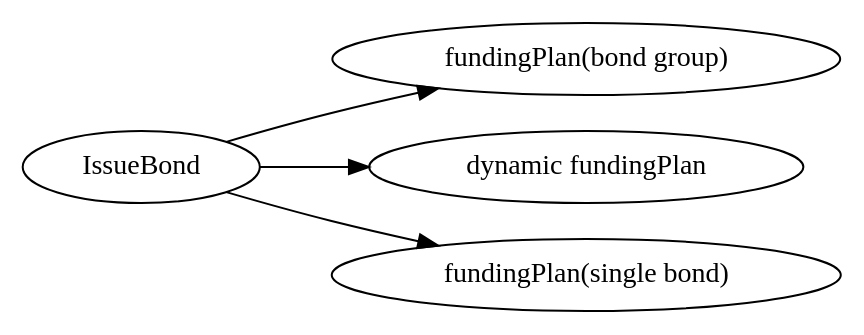
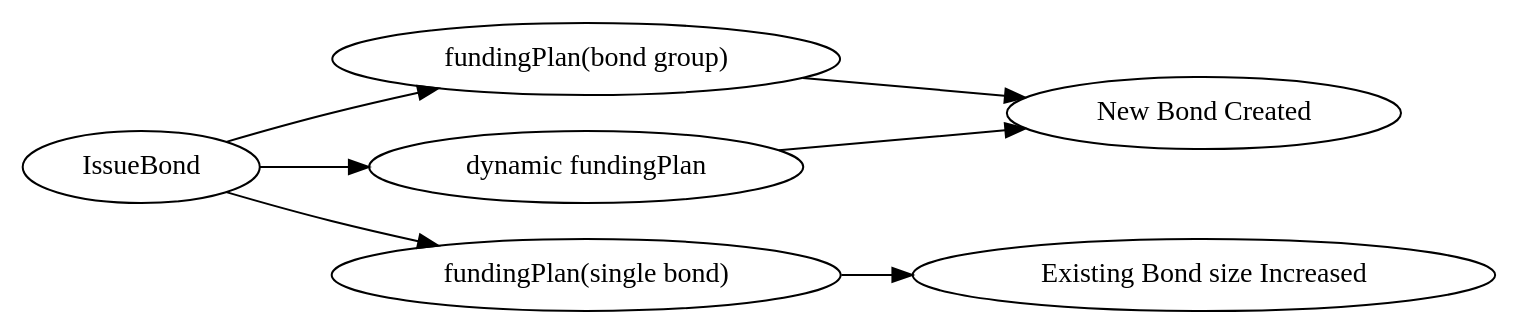
One commit to yellowbean/AbsBox changed the ninth of 11 diagrams in docs/source/analytics.rst. Above: the diagram before and after it, drawn with Graphviz. The commit also changed other lines of this file and 5 other files, not shown here.

```diff
--- a/docs/source/analytics.rst
+++ b/docs/source/analytics.rst
@@ -1085,12 +1089,12 @@
 .. graphviz::
     :name: sphinx.ext.graphviz
     :caption: funding-plan-type
     :alt: funding-plan-type
     :align: center
     
     digraph {
         rankdir = LR
-        "IssueBond" -> "fundingPlan(bond group)"
-        "IssueBond" -> "dynamic fundingPlan"
-        "IssueBond" -> "fundingPlan(single bond)"
+        "IssueBond" -> "fundingPlan(bond group)" -> "New Bond Created"
+        "IssueBond" -> "dynamic fundingPlan" -> "New Bond Created"
+        "IssueBond" -> "fundingPlan(single bond)" -> "Existing Bond size Increased"
     }
```
